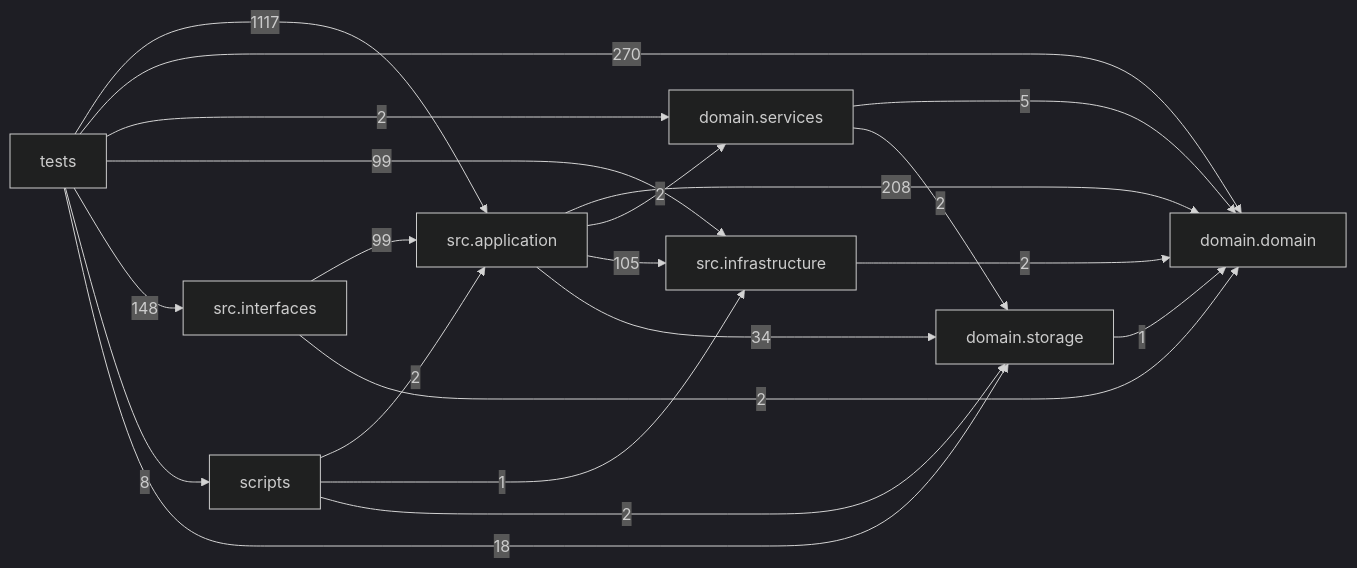
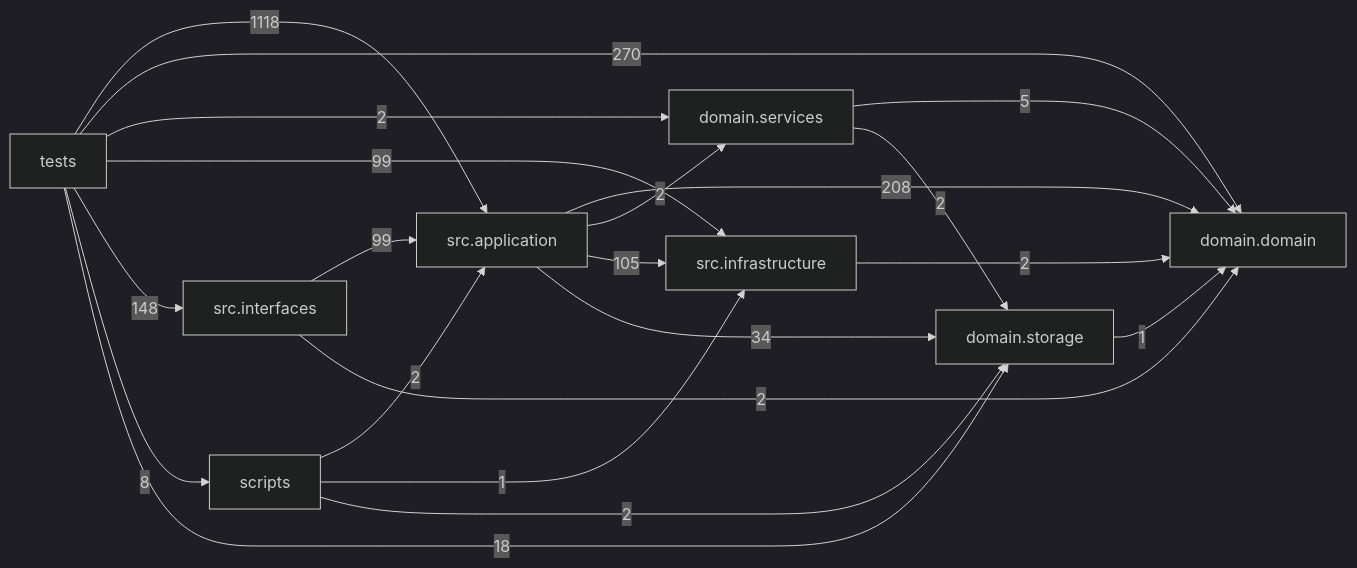
Before and after one commit to liuxie066/options-monitor: the diagram in docs/DEPENDENCY_GRAPH.md, drawn with Mermaid (dark theme). The commit also changed other lines of this file, not shown here.

Commit message:
Update dependency graph for status tests

````diff
--- a/docs/DEPENDENCY_GRAPH.md
+++ b/docs/DEPENDENCY_GRAPH.md
@@ -24,31 +24,31 @@
 ```mermaid
 flowchart LR
   tests["tests"]
   scripts["scripts"]
   interfaces["src.interfaces"]
   application["src.application"]
   infrastructure["src.infrastructure"]
   domain_services["domain.services"]
   domain["domain.domain"]
   storage["domain.storage"]
   application -->|208| domain
   application -->|2| domain_services
   application -->|105| infrastructure
   application -->|34| storage
   domain_services -->|5| domain
   domain_services -->|2| storage
   infrastructure -->|2| domain
   interfaces -->|99| application
   interfaces -->|2| domain
   scripts -->|2| application
   scripts -->|1| infrastructure
   scripts -->|2| storage
   storage -->|1| domain
-  tests -->|1117| application
+  tests -->|1118| application
   tests -->|270| domain
   tests -->|2| domain_services
   tests -->|99| infrastructure
   tests -->|148| interfaces
   tests -->|8| scripts
   tests -->|18| storage
 ```
````
